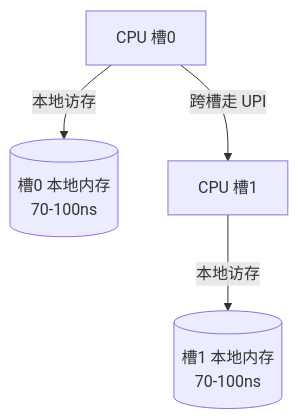
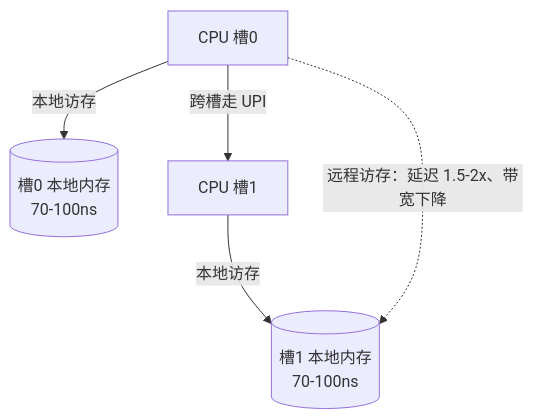
Before and after one commit to hub138/technical-knowledge: the diagram in vault/工程知识/性能工程：从用户等待到资源瓶颈/处理器与内存/NUMA让跨槽访问付出带宽与延迟代价.md, drawn with Mermaid. The commit also changed other lines of this file and 1 other file, not shown here.

````diff
--- a/vault/工程知识/性能工程：从用户等待到资源瓶颈/处理器与内存/NUMA让跨槽访问付出带宽与延迟代价.md
+++ b/vault/工程知识/性能工程：从用户等待到资源瓶颈/处理器与内存/NUMA让跨槽访问付出带宽与延迟代价.md
@@ -34,6 +43,7 @@
 ```mermaid
 graph TD
     C0[CPU 槽0] -->|本地访存| M0[(槽0 本地内存<br/>70-100ns)]
     C0 -->|跨槽走 UPI| C1[CPU 槽1]
     C1 -->|本地访存| M1[(槽1 本地内存<br/>70-100ns)]
+    C0 -.->|远程访存：延迟 1.5-2x、带宽下降| M1
 ```
````
